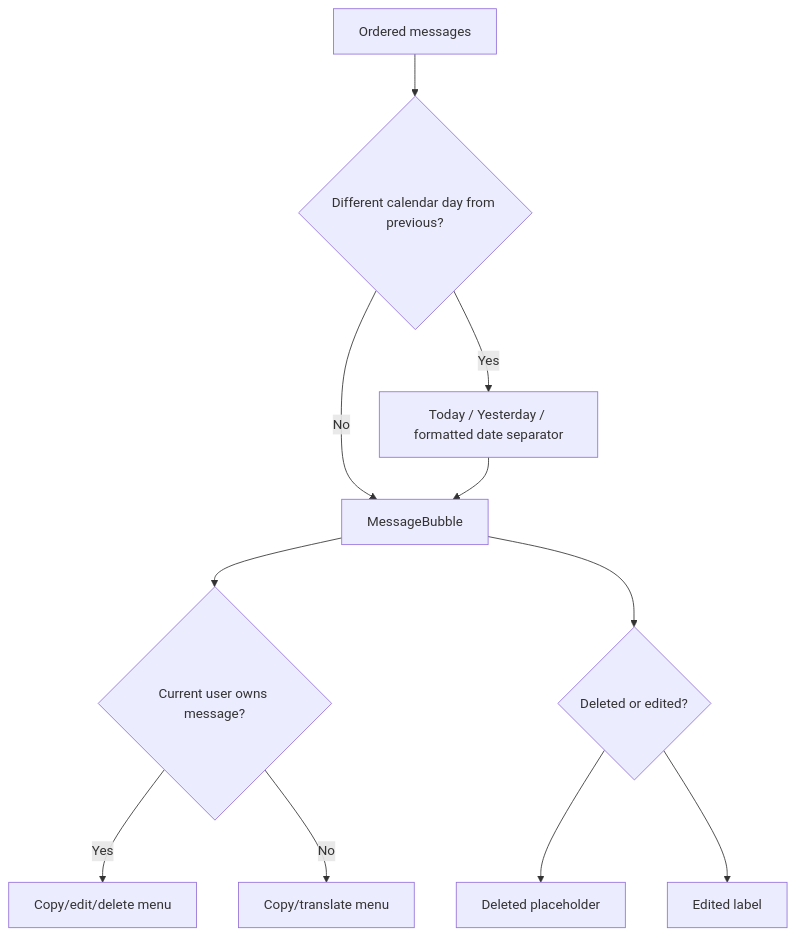
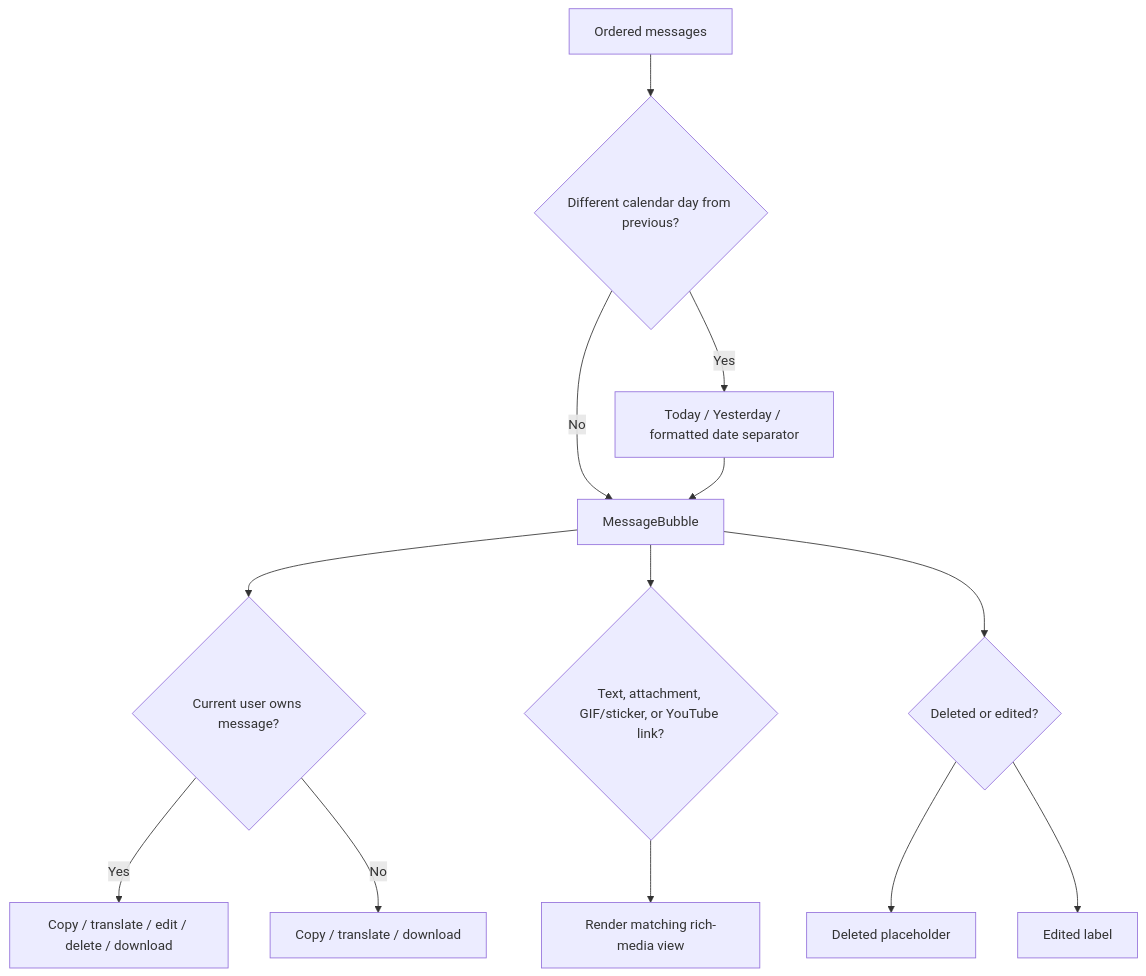
One commit to Saurav11343/click-chat changed the third of 3 diagrams in docs/06-frontend-design.md. Above: the diagram before and after it, drawn with Mermaid. The commit also changed other lines of this file and 11 other files, not shown here.

Commit message:
update diagrams

````diff
--- a/docs/06-frontend-design.md
+++ b/docs/06-frontend-design.md
@@ -99,13 +110,15 @@
 ```mermaid
 flowchart TD
     LIST["Ordered messages"] --> DAY{"Different calendar day from previous?"}
     DAY -->|"Yes"| SEP["Today / Yesterday / formatted date separator"]
     DAY -->|"No"| BUBBLE["MessageBubble"]
     SEP --> BUBBLE
     BUBBLE --> OWN{"Current user owns message?"}
-    OWN -->|"Yes"| MENU["Copy/edit/delete menu"]
-    OWN -->|"No"| VIEW["Copy/translate menu"]
+    OWN -->|"Yes"| MENU["Copy / translate / edit / delete / download"]
+    OWN -->|"No"| VIEW["Copy / translate / download"]
+    BUBBLE --> KIND{"Text, attachment, GIF/sticker, or YouTube link?"}
+    KIND --> RICH["Render matching rich-media view"]
     BUBBLE --> STATE{"Deleted or edited?"}
     STATE --> DEL["Deleted placeholder"]
     STATE --> EDIT["Edited label"]
 ```
````
